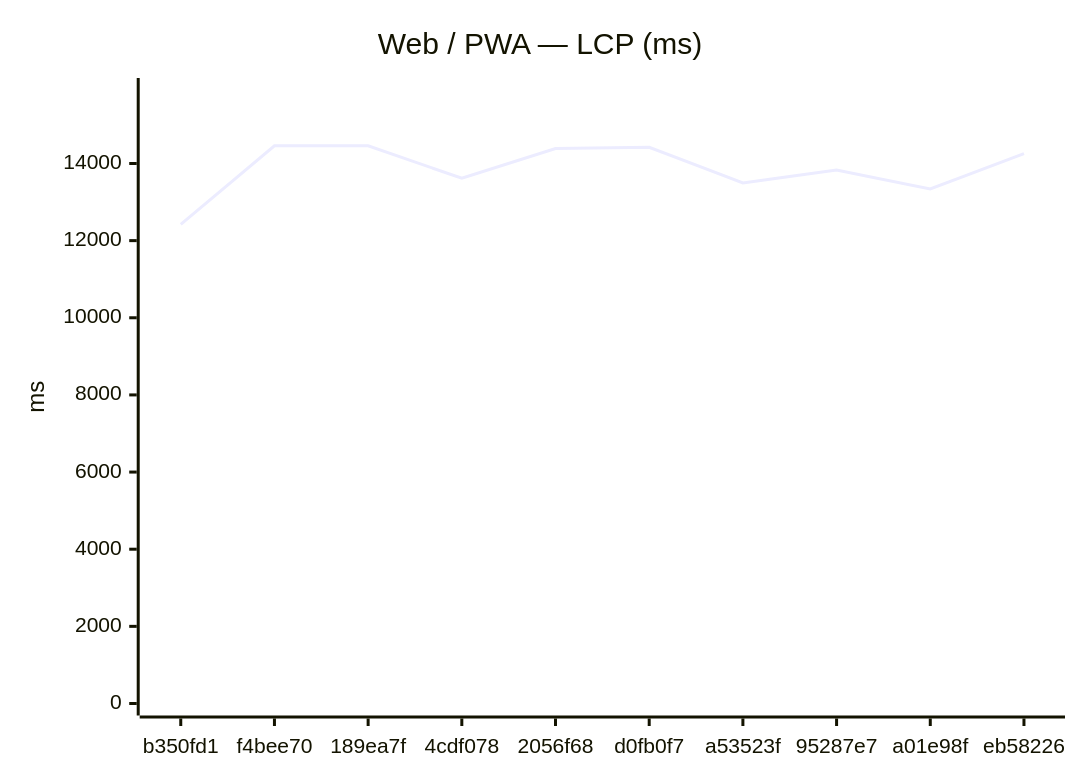
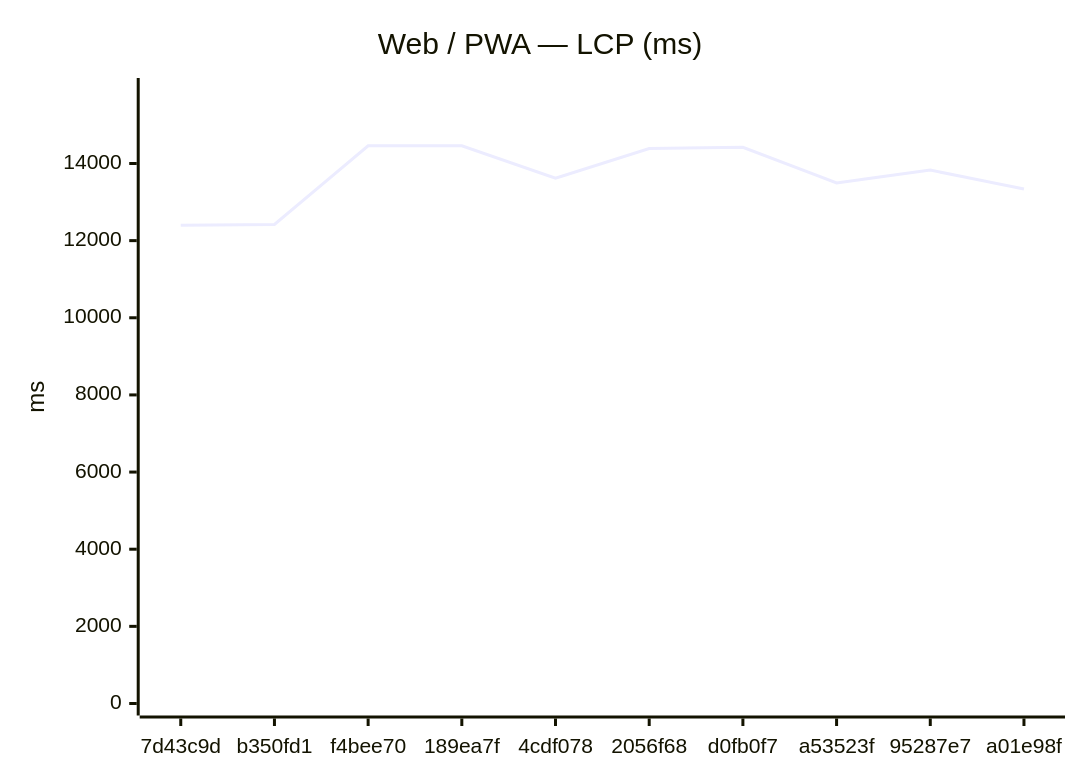
Before and after one commit to Metaheurist/Rianell: the first of 18 diagrams in benchmarks/compare.md, drawn with Mermaid. The commit also changed other lines of this file and 11 other files, not shown here.

````diff
--- a/benchmarks/compare.md
+++ b/benchmarks/compare.md
@@ -24,7 +24,7 @@
 ```mermaid
 xychart-beta
     title "Web / PWA — LCP (ms)"
-    x-axis ["b350fd1", "f4bee70", "189ea7f", "4cdf078", "2056f68", "d0fb0f7", "a53523f", "95287e7", "a01e98f", "eb58226"]
+    x-axis ["7d43c9d", "b350fd1", "f4bee70", "189ea7f", "4cdf078", "2056f68", "d0fb0f7", "a53523f", "95287e7", "a01e98f"]
     y-axis "ms" 0 --> 15905
-    line [12420, 14457, 14459, 13617, 14386, 14419, 13497, 13828, 13339, 14256]
+    line [12399, 12420, 14457, 14459, 13617, 14386, 14419, 13497, 13828, 13339]
 ```
````
